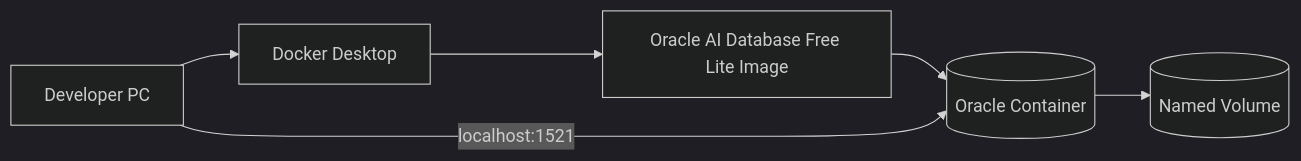
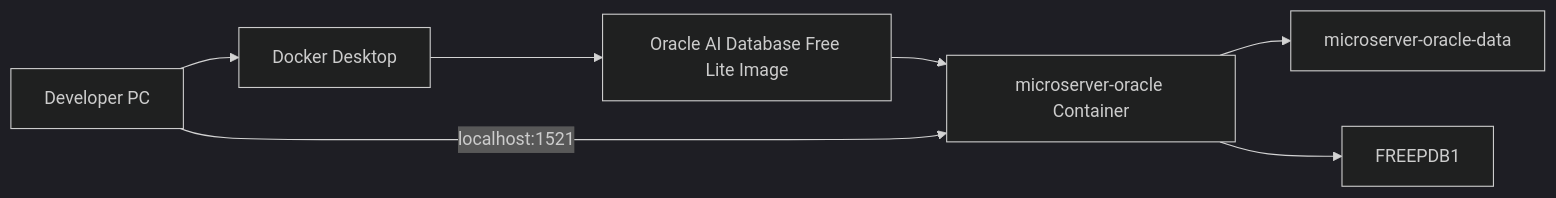
The first of 4 diagrams in docs/01_project_start/02_environment/database/oracle_database_free_setup.md (Team-Microserver/microserver-docs), drawn with Mermaid (dark theme) before and after one commit. The commit also changed other lines of this file and 6 other files, not shown here.

````diff
--- a/docs/01_project_start/02_environment/database/oracle_database_free_setup.md
+++ b/docs/01_project_start/02_environment/database/oracle_database_free_setup.md
@@ -104,8 +47,11 @@
 ```mermaid
 flowchart LR
-    HOST[Developer PC] --> DD[Docker Desktop]
-    DD --> IMG[Oracle AI Database Free Lite Image]
-    IMG --> DB[(Oracle Container)]
-    DB --> VOL[(Named Volume)]
-    HOST -->|localhost:1521| DB
+    HOST["Developer PC"]
+    --> DD["Docker Desktop"]
+    --> IMG["Oracle AI Database Free Lite Image"]
+    --> DB["microserver-oracle Container"]
+
+    DB --> VOL["microserver-oracle-data"]
+    HOST -->|"localhost:1521"| DB
+    DB --> PDB["FREEPDB1"]
 ```
````
